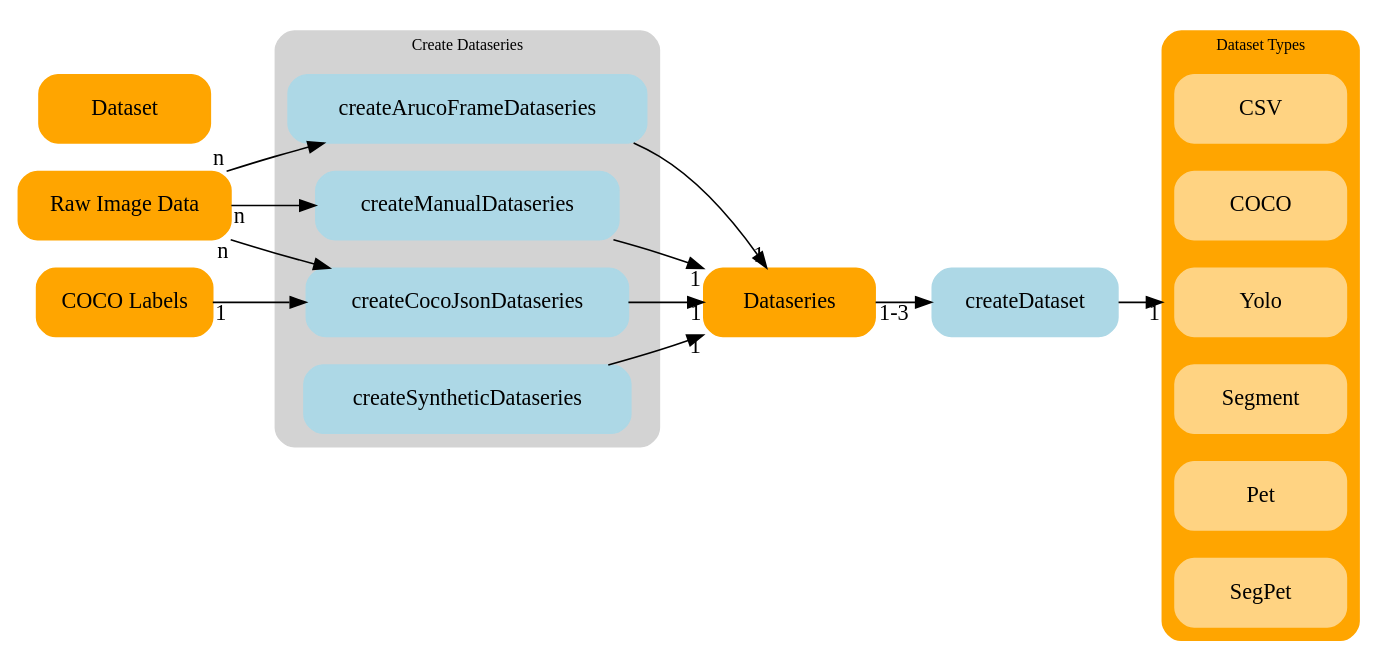
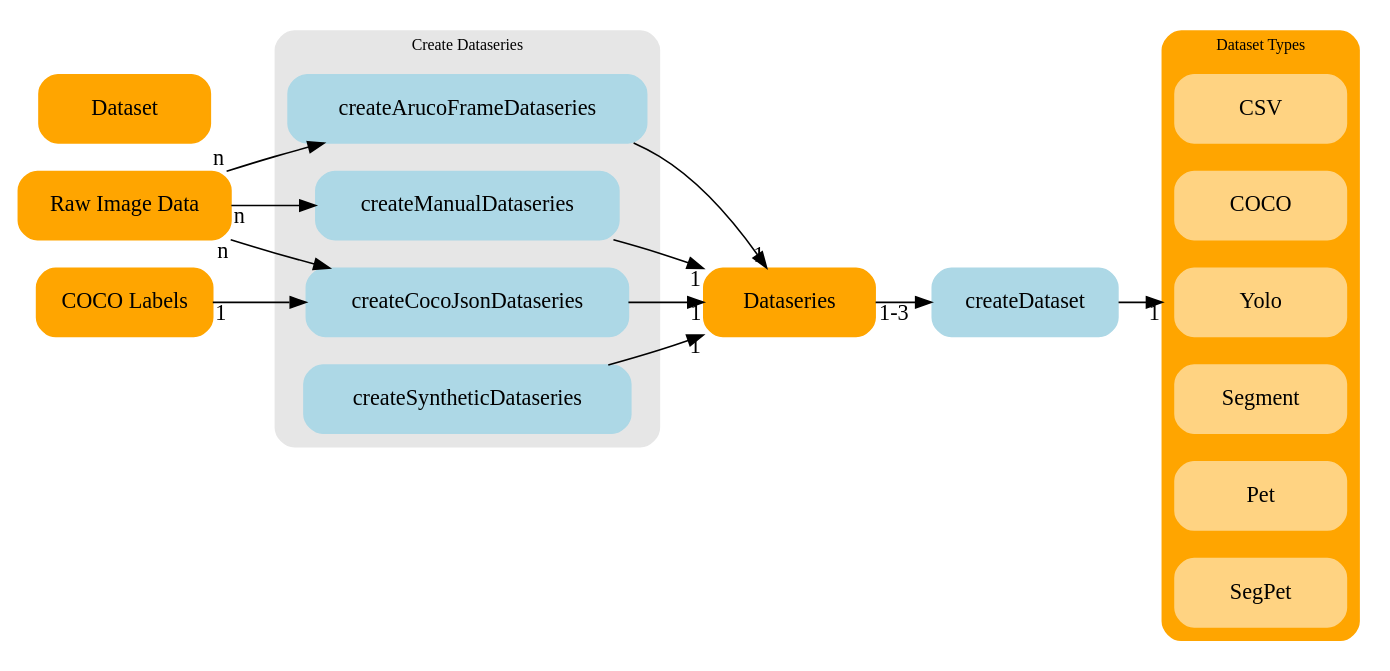
One commit to jnccd/crystal-marker-detection changed the diagram in thesis/assets/graph/arch_data.dot. Above: the diagram before and after it, drawn with Graphviz.

Commit message:
Change Dataseries cluster brightness

```diff
--- a/thesis/assets/graph/arch_data.dot
+++ b/thesis/assets/graph/arch_data.dot
@@ -1,56 +1,56 @@
 digraph arch {
     rankdir=LR
     node [shape=box style="filled,rounded" width=1.5 height=0.6];
     graph [fontsize=10 compound=true];
     
     raw_data [label="Raw Image Data" color=orange]
     coco_labels [label="COCO Labels" color=orange]
     Dataseries [color=orange]
     Dataset [color=orange]
     createDataset [color=lightblue]
     
     # Mark: style="filled,rounded,dashed" fillcolor=lightblue color=red penwidth=3
 
     subgraph cluster_dataseries {
-        graph [style="filled,rounded", color=lightgray]
+        graph [style="filled,rounded", color="#e6e6e6"]
         label = "Create Dataseries";
 
         createArucoFrameDataseries [color=lightblue] 
         createCocoJsonDataseries [color=lightblue]
         createManualDataseries [color=lightblue]
         createSyntheticDataseries [color=lightblue]
         
         {
             rank = same;
             createSyntheticDataseries -> createCocoJsonDataseries -> createManualDataseries -> createArucoFrameDataseries [style=invis]
         }
     }
 
     subgraph cluster_dataset {
         graph [style="filled,rounded", color=orange]
         label = "Dataset Types";
 
         CSV [color="#ffd382"]
         COCO [color="#ffd382"]
         Yolo [color="#ffd382"]
         Segment [color="#ffd382"]
         Pet [color="#ffd382"]
         SegPet [color="#ffd382"]
     }
 
     raw_data -> createArucoFrameDataseries [taillabel="n"]
     raw_data -> createCocoJsonDataseries [taillabel="n"]
     raw_data -> createManualDataseries [taillabel="n"]
     coco_labels -> createCocoJsonDataseries [taillabel="1"]
     
     #{rank=same; createArucoFrameDataseries; createCocoJsonDataseries; createManualDataseries; createSyntheticDataseries;}
 
     createArucoFrameDataseries -> Dataseries [headlabel="1"]
     createCocoJsonDataseries -> Dataseries [headlabel="1"]
     createManualDataseries -> Dataseries [headlabel="1"]
     createSyntheticDataseries -> Dataseries [headlabel="1"]
 
     Dataseries -> createDataset [taillabel="1-3"]
 
     createDataset -> Yolo [headlabel="1", lhead=cluster_dataset]
 }
```
